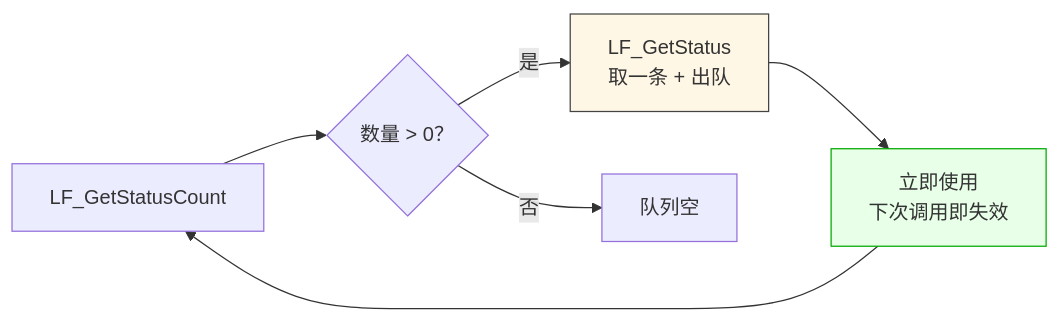
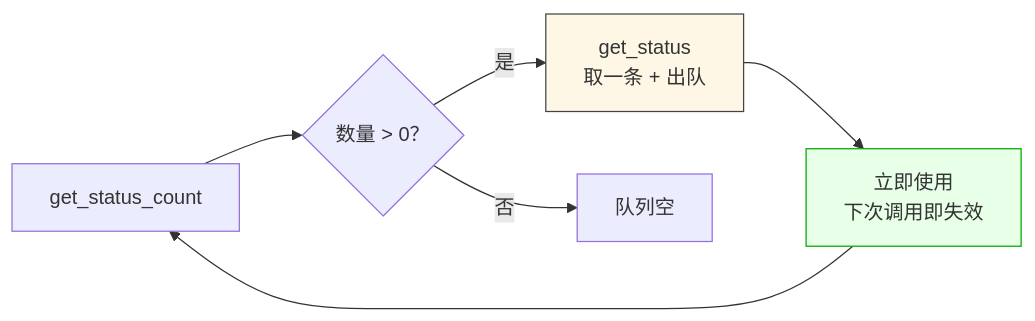
One commit to PassByYou888/LingoFuse changed the second of 2 diagrams in doc/LF_Debug_Mode.md. Above: the diagram before and after it, drawn with Mermaid. The commit also changed other lines of this file, not shown here.

````diff
--- a/doc/LF_Debug_Mode.md
+++ b/doc/LF_Debug_Mode.md
@@ -40,11 +56,11 @@
 ```mermaid
 flowchart LR
-    A["LF_GetStatusCount"] --> B{"数量 > 0？"}
-    B -- 是 --> C["LF_GetStatus<br/>取一条 + 出队"]
+    A["get_status_count"] --> B{"数量 > 0？"}
+    B -- 是 --> C["get_status<br/>取一条 + 出队"]
     C --> D["立即使用<br/>下次调用即失效"]
     D --> A
     B -- 否 --> E["队列空"]
 
     style C fill:#fff7e6,stroke:#444
     style D fill:#e8ffe8,stroke:#0a0
 ```
````
